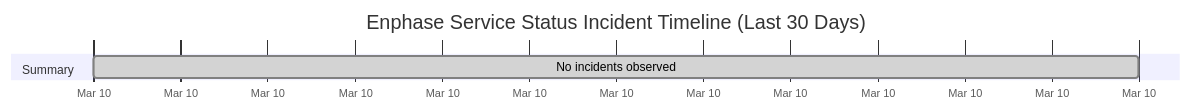
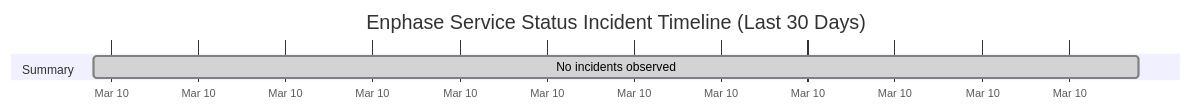
Before and after one commit to barneyonline/ha-enphase-ev-charger: the diagram in wiki/Service-Status-History.md, drawn with Mermaid. The commit also changed other lines of this file and 3 other files, not shown here.

````diff
--- a/wiki/Service-Status-History.md
+++ b/wiki/Service-Status-History.md
@@ -14,8 +14,8 @@
 ```mermaid
 gantt
     title Enphase Service Status Incident Timeline (Last 30 Days)
     dateFormat  YYYY-MM-DDTHH:mm:ss
     axisFormat  %b %d
     section Summary
-    No incidents observed :done, 2026-03-10T21:22:10, 1m
+    No incidents observed :done, 2026-03-10T22:18:34, 1m
 ```
````
